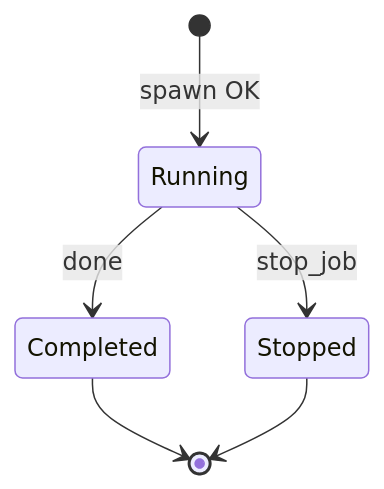
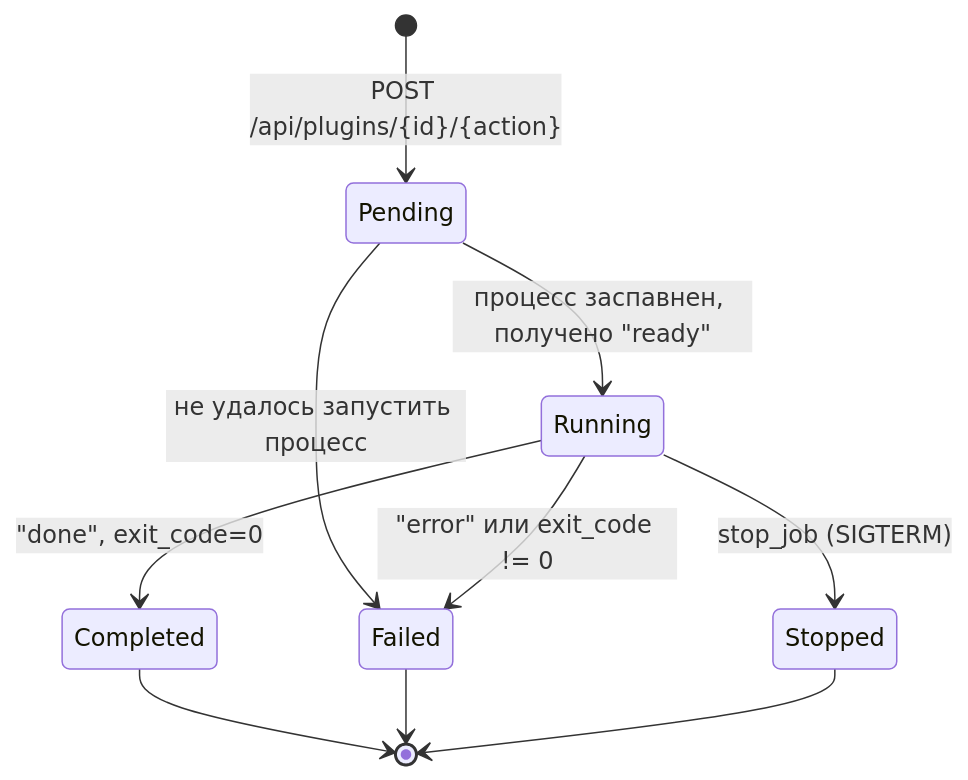
Before and after one commit to Atarity/flipctl: the second of 2 diagrams in arch.md, drawn with Mermaid. The commit also changed other lines of this file, not shown here.

````diff
--- a/arch.md
+++ b/arch.md
@@ -93,8 +97,12 @@
   ```mermaid
   stateDiagram-v2
-      [*] --> Running: spawn OK
-      Running --> Completed: done
-      Running --> Stopped: stop_job
+      [*] --> Pending: POST /api/plugins/{id}/{action}
+      Pending --> Running: процесс заспавнен, получено "ready"
+      Pending --> Failed: не удалось запустить процесс
+      Running --> Completed: "done", exit_code=0
+      Running --> Failed: "error" или exit_code != 0
+      Running --> Stopped: stop_job (SIGTERM)
       Completed --> [*]
+      Failed --> [*]
       Stopped --> [*]
   ```
````
